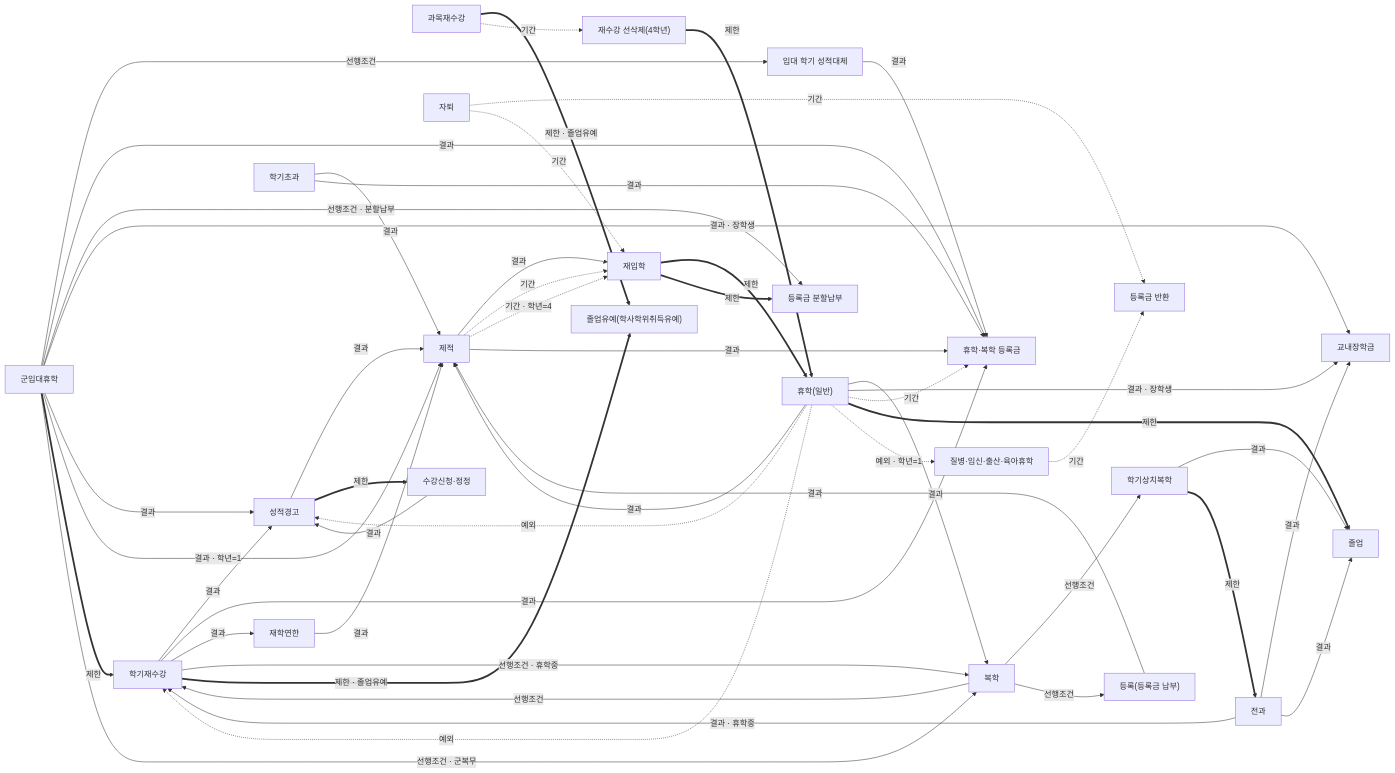
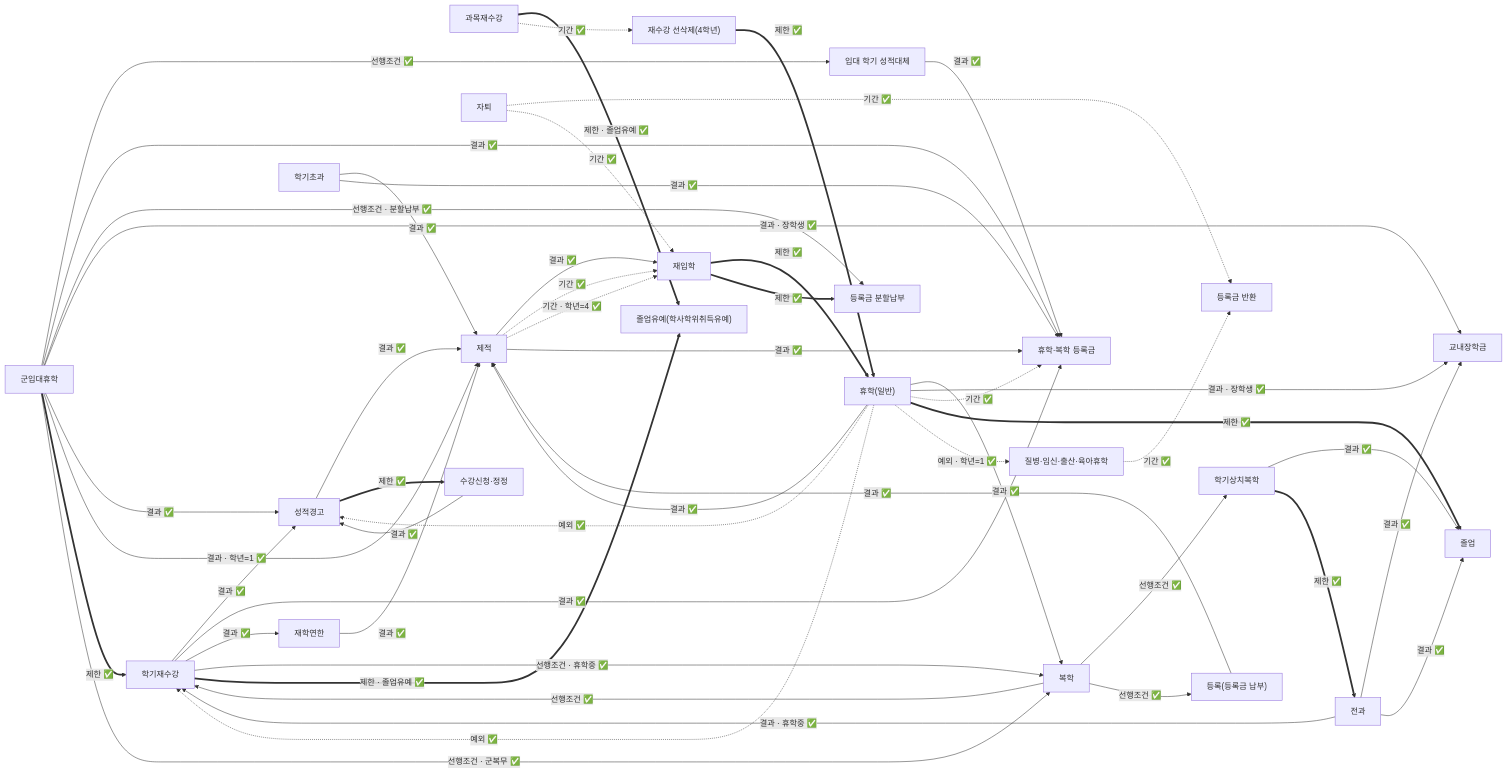
One commit to hongikon/hongikon-be changed the diagram in docs/ask-rule-graph-review.md. Above: the diagram before and after it, drawn with Mermaid. The commit also changed other lines of this file and 1 other file, not shown here.

````diff
--- a/docs/ask-rule-graph-review.md
+++ b/docs/ask-rule-graph-review.md
@@ -18,76 +18,76 @@
 ```mermaid
 flowchart LR
   semester_retake["학기재수강"]
   course_retake["과목재수강"]
   retake_predelete["재수강 선삭제(4학년)"]
   academic_warning["성적경고"]
   expulsion["제적"]
   residency_limit["재학연한"]
   readmission["재입학"]
   leave["휴학(일반)"]
   leave_sick["질병·임신·출산·육아휴학"]
   military_leave["군입대휴학"]
   military_grade["입대 학기 성적대체"]
   return["복학"]
   early_return["학기상치복학"]
   tuition["휴학·복학 등록금"]
   tuition_refund["등록금 반환"]
   dropout["자퇴"]
   installment["등록금 분할납부"]
   registration["등록(등록금 납부)"]
   course_registration["수강신청·정정"]
   scholarship["교내장학금"]
   change_major["전과"]
   excess_semester["학기초과"]
   grad_deferral["졸업유예(학사학위취득유예)"]
   graduation["졸업"]
-  semester_retake -->|"결과"| academic_warning
-  academic_warning -->|"결과"| expulsion
-  leave -.->|"예외"| academic_warning
-  academic_warning ==>|"제한"| course_registration
-  expulsion -->|"결과"| readmission
-  expulsion -.->|"기간"| readmission
-  expulsion -.->|"기간 · 학년=4"| readmission
-  readmission ==>|"제한"| leave
-  readmission ==>|"제한"| installment
-  leave -->|"결과"| return
-  leave -->|"결과"| expulsion
-  leave -->|"결과 · 장학생"| scholarship
-  leave -.->|"기간"| tuition
-  leave ==>|"제한"| graduation
-  leave -.->|"예외"| semester_retake
-  leave -.->|"예외 · 학년=1"| leave_sick
-  leave_sick -.->|"기간"| tuition_refund
-  semester_retake -->|"결과"| tuition
-  semester_retake -->|"결과"| residency_limit
-  residency_limit -->|"결과"| expulsion
-  semester_retake -->|"선행조건 · 휴학중"| return
-  semester_retake ==>|"제한 · 졸업유예"| grad_deferral
-  course_retake ==>|"제한 · 졸업유예"| grad_deferral
-  course_retake -.->|"기간"| retake_predelete
-  retake_predelete ==>|"제한"| leave
-  military_leave -->|"선행조건"| military_grade
-  military_grade -->|"결과"| tuition
-  military_leave -->|"결과"| tuition
-  military_leave -->|"선행조건 · 분할납부"| installment
-  military_leave -->|"결과 · 장학생"| scholarship
-  military_leave -->|"결과"| academic_warning
-  military_leave -->|"결과 · 학년=1"| expulsion
-  military_leave ==>|"제한"| semester_retake
-  military_leave -->|"선행조건 · 군복무"| return
-  return -->|"선행조건"| semester_retake
-  return -->|"선행조건"| early_return
-  early_return -->|"결과"| graduation
-  early_return ==>|"제한"| change_major
-  return -->|"선행조건"| registration
-  change_major -->|"결과 · 휴학중"| semester_retake
-  change_major -->|"결과"| scholarship
-  change_major -->|"결과"| graduation
-  dropout -.->|"기간"| tuition_refund
-  dropout -.->|"기간"| readmission
-  expulsion -->|"결과"| tuition
-  registration -->|"결과"| expulsion
-  course_registration -->|"결과"| academic_warning
-  excess_semester -->|"결과"| expulsion
-  excess_semester -->|"결과"| tuition
+  semester_retake -->|"결과 ✅"| academic_warning
+  academic_warning -->|"결과 ✅"| expulsion
+  leave -.->|"예외 ✅"| academic_warning
+  academic_warning ==>|"제한 ✅"| course_registration
+  expulsion -->|"결과 ✅"| readmission
+  expulsion -.->|"기간 ✅"| readmission
+  expulsion -.->|"기간 · 학년=4 ✅"| readmission
+  readmission ==>|"제한 ✅"| leave
+  readmission ==>|"제한 ✅"| installment
+  leave -->|"결과 ✅"| return
+  leave -->|"결과 ✅"| expulsion
+  leave -->|"결과 · 장학생 ✅"| scholarship
+  leave -.->|"기간 ✅"| tuition
+  leave ==>|"제한 ✅"| graduation
+  leave -.->|"예외 ✅"| semester_retake
+  leave -.->|"예외 · 학년=1 ✅"| leave_sick
+  leave_sick -.->|"기간 ✅"| tuition_refund
+  semester_retake -->|"결과 ✅"| tuition
+  semester_retake -->|"결과 ✅"| residency_limit
+  residency_limit -->|"결과 ✅"| expulsion
+  semester_retake -->|"선행조건 · 휴학중 ✅"| return
+  semester_retake ==>|"제한 · 졸업유예 ✅"| grad_deferral
+  course_retake ==>|"제한 · 졸업유예 ✅"| grad_deferral
+  course_retake -.->|"기간 ✅"| retake_predelete
+  retake_predelete ==>|"제한 ✅"| leave
+  military_leave -->|"선행조건 ✅"| military_grade
+  military_grade -->|"결과 ✅"| tuition
+  military_leave -->|"결과 ✅"| tuition
+  military_leave -->|"선행조건 · 분할납부 ✅"| installment
+  military_leave -->|"결과 · 장학생 ✅"| scholarship
+  military_leave -->|"결과 ✅"| academic_warning
+  military_leave -->|"결과 · 학년=1 ✅"| expulsion
+  military_leave ==>|"제한 ✅"| semester_retake
+  military_leave -->|"선행조건 · 군복무 ✅"| return
+  return -->|"선행조건 ✅"| semester_retake
+  return -->|"선행조건 ✅"| early_return
+  early_return -->|"결과 ✅"| graduation
+  early_return ==>|"제한 ✅"| change_major
+  return -->|"선행조건 ✅"| registration
+  change_major -->|"결과 · 휴학중 ✅"| semester_retake
+  change_major -->|"결과 ✅"| scholarship
+  change_major -->|"결과 ✅"| graduation
+  dropout -.->|"기간 ✅"| tuition_refund
+  dropout -.->|"기간 ✅"| readmission
+  expulsion -->|"결과 ✅"| tuition
+  registration -->|"결과 ✅"| expulsion
+  course_registration -->|"결과 ✅"| academic_warning
+  excess_semester -->|"결과 ✅"| expulsion
+  excess_semester -->|"결과 ✅"| tuition
 ```
````
